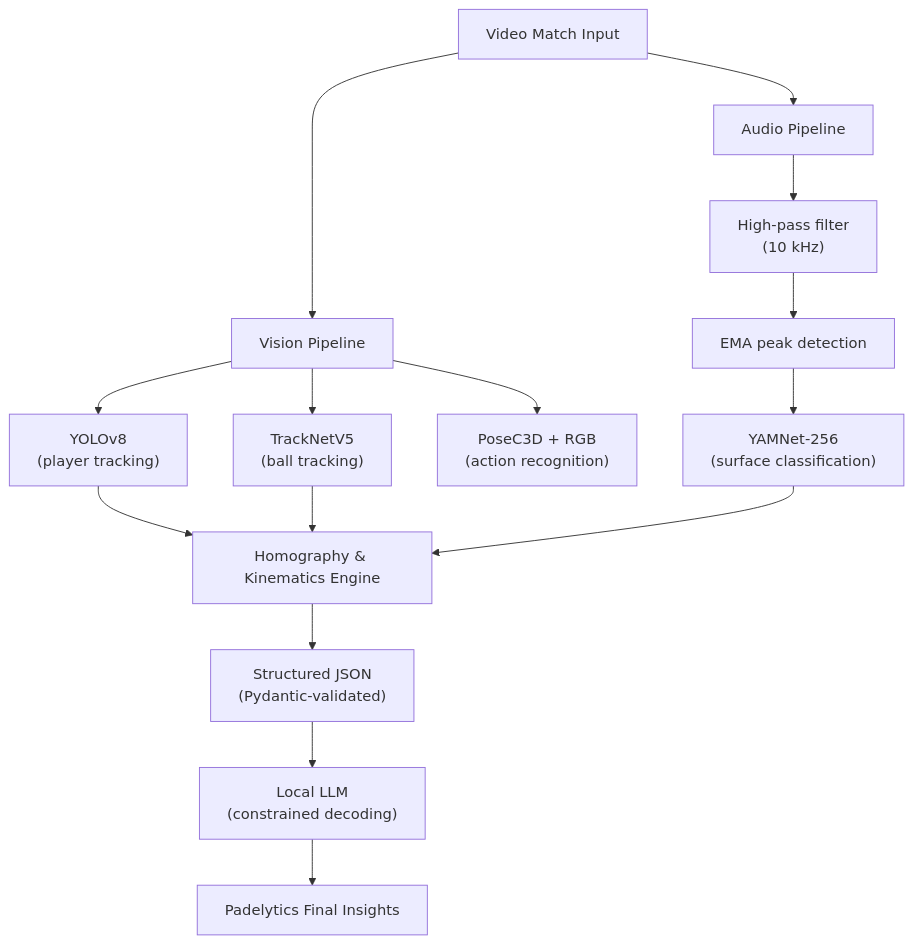
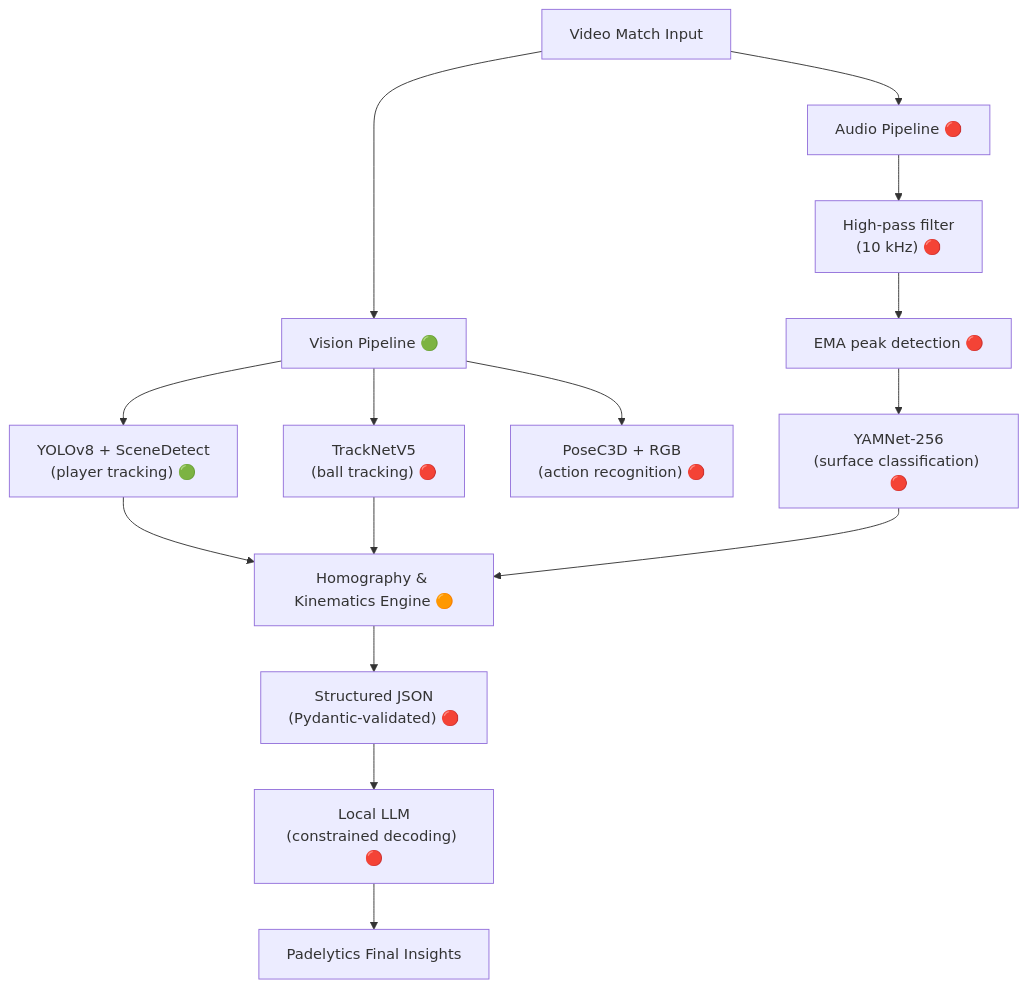
Before and after one commit to Moloshow/BandejAI: the diagram in README.md, drawn with Mermaid. The commit also changed other lines of this file and 8 other files, not shown here.

First line of the commit message:
refactor(architecture): promote pipeline to core and clean up examples

````diff
--- a/README.md
+++ b/README.md
@@ -29,23 +29,23 @@
 ```mermaid
 graph TD
     Video[Video Match Input]
 
-    Video --> VisionPipeline[Vision Pipeline]
-    Video --> AudioPipeline[Audio Pipeline]
+    Video --> VisionPipeline[Vision Pipeline 🟢]
+    Video --> AudioPipeline[Audio Pipeline 🔴]
 
-    VisionPipeline --> YOLO["YOLOv8<br/>(player tracking)"]
-    VisionPipeline --> TrackNet["TrackNetV5<br/>(ball tracking)"]
-    VisionPipeline --> PoseC3D["PoseC3D + RGB<br/>(action recognition)"]
+    VisionPipeline --> YOLO["YOLOv8 + SceneDetect<br/>(player tracking) 🟢"]
+    VisionPipeline --> TrackNet["TrackNetV5<br/>(ball tracking) 🔴"]
+    VisionPipeline --> PoseC3D["PoseC3D + RGB<br/>(action recognition) 🔴"]
 
-    AudioPipeline --> HighPass["High-pass filter<br/>(10 kHz)"]
-    HighPass --> EMAPeak["EMA peak detection"]
-    EMAPeak --> YAMNet["YAMNet-256<br/>(surface classification)"]
+    AudioPipeline --> HighPass["High-pass filter<br/>(10 kHz) 🔴"]
+    HighPass --> EMAPeak["EMA peak detection 🔴"]
+    EMAPeak --> YAMNet["YAMNet-256<br/>(surface classification) 🔴"]
 
-    YOLO --> Kinematics[Homography & Kinematics Engine]
+    YOLO --> Kinematics[Homography & Kinematics Engine 🟠]
     TrackNet --> Kinematics
     YAMNet --> Kinematics
 
-    Kinematics --> StructJSON["Structured JSON<br/>(Pydantic-validated)"]
-    StructJSON --> LLM["Local LLM<br/>(constrained decoding)"]
+    Kinematics --> StructJSON["Structured JSON<br/>(Pydantic-validated) 🔴"]
+    StructJSON --> LLM["Local LLM<br/>(constrained decoding) 🔴"]
     LLM --> Output[Padelytics Final Insights]
 ```
````
